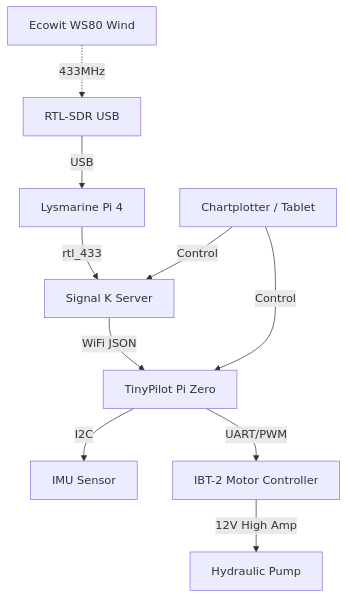
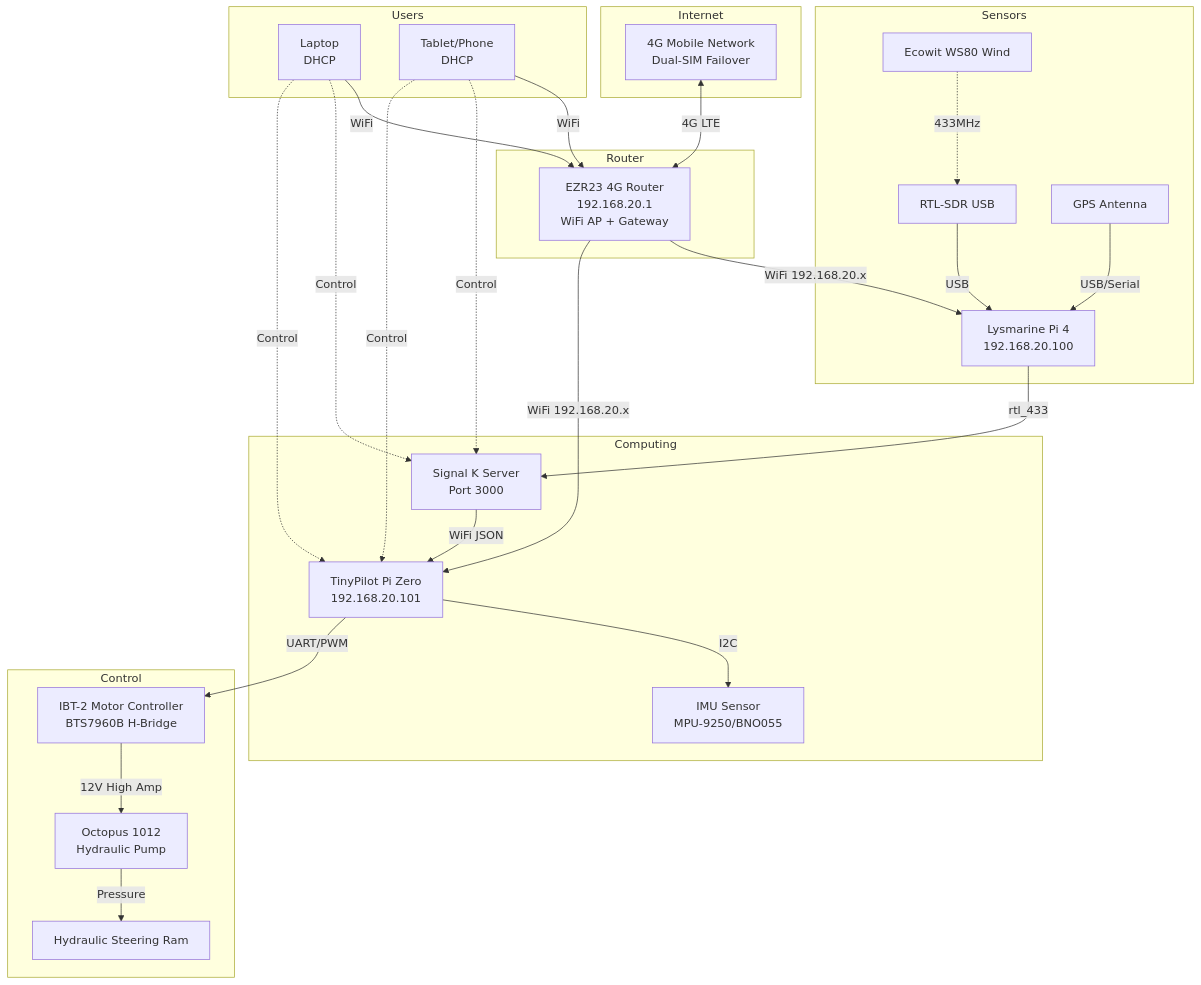
The diagram in docs/network_map.md (botheredbybees/pypilot4arion), drawn with Mermaid before and after one commit. The commit also changed other lines of this file, not shown here.

Commit message:
Update network documentation with EZR23 router and new 192.168.20.x subnet

````diff
--- a/docs/network_map.md
+++ b/docs/network_map.md
@@ -31,13 +70,42 @@
 ```mermaid
 graph TD
-    WS80[Ecowit WS80 Wind] -.->|433MHz| RTL[RTL-SDR USB]
-    RTL -->|USB| Lysmarine[Lysmarine Pi 4]
-    Lysmarine -->|rtl_433| SK[Signal K Server]
-    SK -->|WiFi JSON| TP[TinyPilot Pi Zero]
-    TP -->|I2C| IMU[IMU Sensor]
-    TP -->|UART/PWM| IBT2[IBT-2 Motor Controller]
-    IBT2 -->|12V High Amp| Pump[Hydraulic Pump]
+    subgraph Internet
+        Mobile[4G Mobile Network<br/>Dual-SIM Failover]
+    end
     
-    User[Chartplotter / Tablet] -- Control --> SK
-    User -- Control --> TP
+    subgraph Router
+        EZR23[EZR23 4G Router<br/>192.168.20.1<br/>WiFi AP + Gateway]
+    end
+    
+    subgraph Sensors
+        WS80[Ecowit WS80 Wind] -.->|433MHz| RTL[RTL-SDR USB]
+        GPS[GPS Antenna] -->|USB/Serial| Lysmarine
+    end
+    
+    subgraph Computing
+        RTL -->|USB| Lysmarine[Lysmarine Pi 4<br/>192.168.20.100]
+        Lysmarine -->|rtl_433| SK[Signal K Server<br/>Port 3000]
+        SK -->|WiFi JSON| TP[TinyPilot Pi Zero<br/>192.168.20.101]
+        TP -->|I2C| IMU[IMU Sensor<br/>MPU-9250/BNO055]
+    end
+    
+    subgraph Control
+        TP -->|UART/PWM| IBT2[IBT-2 Motor Controller<br/>BTS7960B H-Bridge]
+        IBT2 -->|12V High Amp| Pump[Octopus 1012<br/>Hydraulic Pump]
+        Pump -->|Pressure| Steering[Hydraulic Steering Ram]
+    end
+    
+    subgraph Users
+        Laptop[Laptop<br/>DHCP] -->|WiFi| EZR23
+        Tablet[Tablet/Phone<br/>DHCP] -->|WiFi| EZR23
+    end
+    
+    Mobile <-->|4G LTE| EZR23
+    EZR23 -->|WiFi 192.168.20.x| Lysmarine
+    EZR23 -->|WiFi 192.168.20.x| TP
+    
+    Laptop -.->|Control| SK
+    Tablet -.->|Control| SK
+    Laptop -.->|Control| TP
+    Tablet -.->|Control| TP
 ```
````
